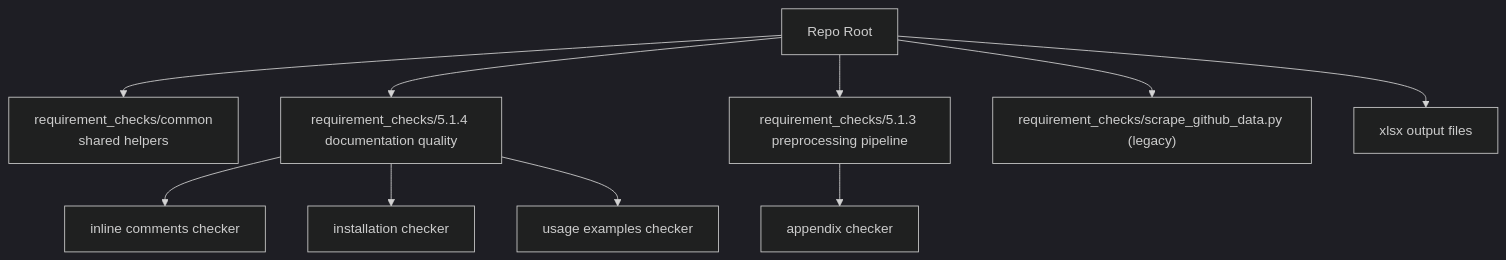
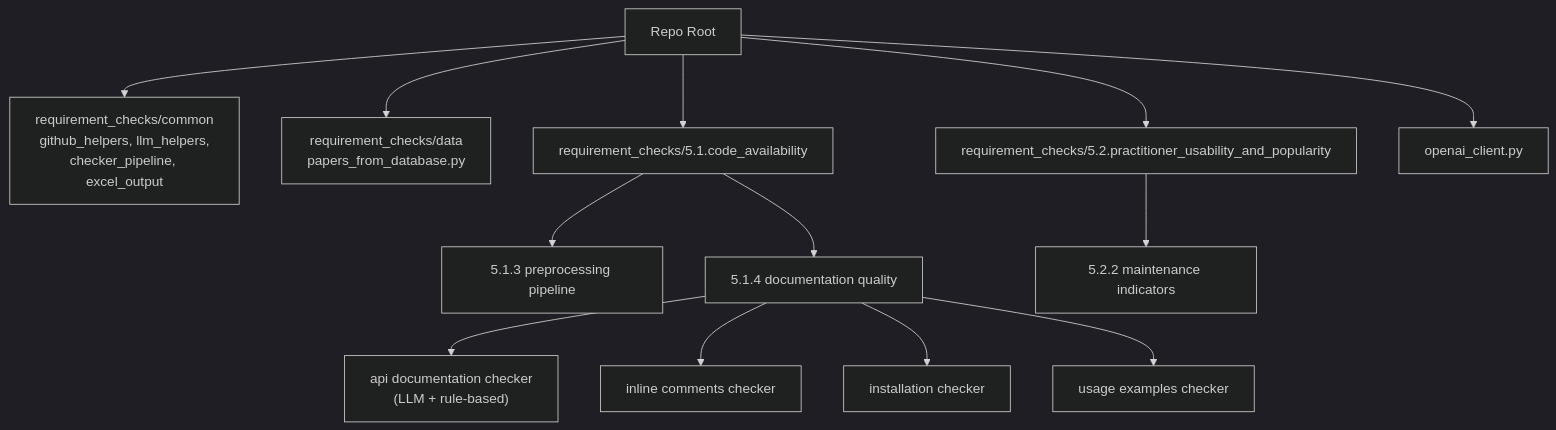
The diagram in README.md (AminDaryan/Scrape-GitHub), drawn with Mermaid (dark theme) before and after one commit. The commit also changed other lines of this file and 8 other files, not shown here.

````diff
--- a/README.md
+++ b/README.md
@@ -31,13 +36,16 @@
 ```mermaid
 flowchart TD
   root["Repo Root"]
-  root --> common["requirement_checks/common<br/>shared helpers"]
-  root --> q514["requirement_checks/5.1.4 documentation quality"]
+  root --> common["requirement_checks/common<br/>github_helpers, llm_helpers,<br/>checker_pipeline, excel_output"]
+  root --> data["requirement_checks/data<br/>papers_from_database.py"]
+  root --> q51["requirement_checks/5.1.code_availability"]
+  q51 --> q513["5.1.3 preprocessing pipeline"]
+  q51 --> q514["5.1.4 documentation quality"]
+  q514 --> apidoc["api documentation checker<br/>(LLM + rule-based)"]
   q514 --> inline["inline comments checker"]
   q514 --> install["installation checker"]
   q514 --> usage["usage examples checker"]
-  root --> q513["requirement_checks/5.1.3 preprocessing pipeline"]
-  q513 --> appendix["appendix checker"]
-  root --> legacy["requirement_checks/scrape_github_data.py (legacy)"]
-  root --> outputs["xlsx output files"]
+  root --> q52["requirement_checks/5.2.practitioner_usability_and_popularity"]
+  q52 --> q522["5.2.2 maintenance indicators"]
+  root --> client["openai_client.py"]
 ```
````
